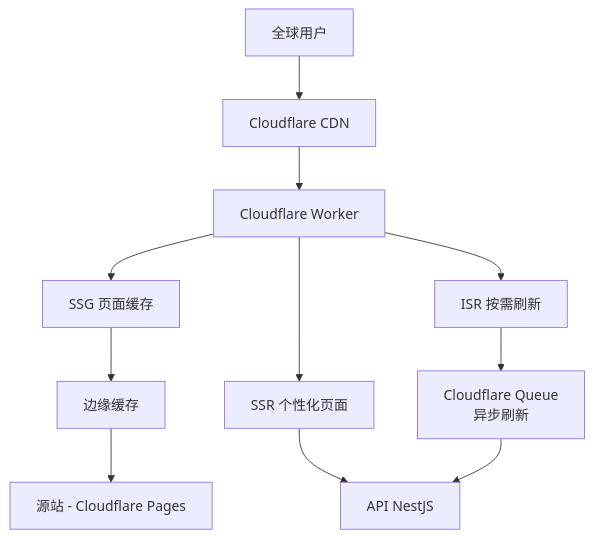
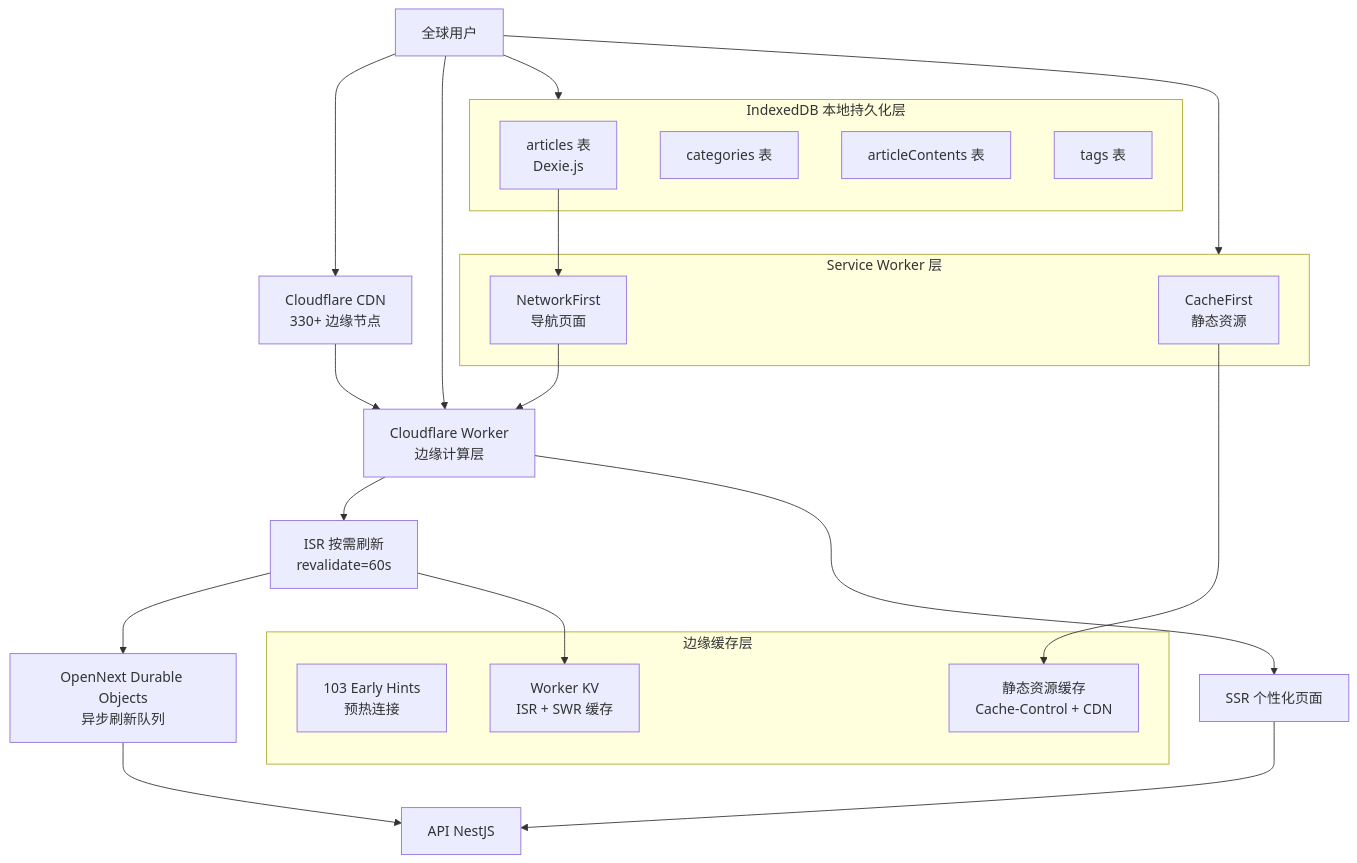
One commit to MrBigPorter/JoyMini_Nest_Monorepo changed the first of 4 diagrams in docs/blog/articles/projects/joymini-blog-platform.md. Above: the diagram before and after it, drawn with Mermaid. The commit also changed other lines of this file and 2 other files, not shown here.

Commit message:
feat: update JoyMini Blog documentation with performance optimizations, enhance caching strategies, and add 103 Early Hints implementation details

````diff
--- a/docs/blog/articles/projects/joymini-blog-platform.md
+++ b/docs/blog/articles/projects/joymini-blog-platform.md
@@ -28,13 +30,38 @@
 ```mermaid
 graph TD
-    User[全球用户] --> CF[Cloudflare CDN]
-    CF --> Worker[Cloudflare Worker]
-    Worker --> SSG[SSG 页面缓存]
-    Worker --> ISR[ISR 按需刷新]
+    User[全球用户] --> CF[Cloudflare CDN<br/>330+ 边缘节点]
+    CF --> Worker[Cloudflare Worker<br/>边缘计算层]
+    
+    subgraph EdgeCache[边缘缓存层]
+        Worker103[103 Early Hints<br/>预热连接]
+        WorkerKV[Worker KV<br/>ISR + SWR 缓存]
+        StaticCache[静态资源缓存<br/>Cache-Control + CDN]
+    end
+    
+    subgraph SWCache[Service Worker 层]
+        SWStatic[CacheFirst<br/>静态资源]
+        SWNav[NetworkFirst<br/>导航页面]
+    end
+    
+    subgraph LocalDB[IndexedDB 本地持久化层]
+        IDBArticles[articles 表<br/>Dexie.js]
+        IDBCategories[categories 表]
+        IDBContent[articleContents 表]
+        IDBTags[tags 表]
+    end
+    
+    Worker --> ISR[ISR 按需刷新<br/>revalidate=60s]
     Worker --> SSR[SSR 个性化页面]
-    SSG --> Cache[边缘缓存]
-    ISR --> Queue[Cloudflare Queue<br/>异步刷新]
+    ISR --> Queue[OpenNext Durable Objects<br/>异步刷新队列]
     SSR --> API[API NestJS]
     Queue --> API
-    Cache --> Origin[源站 - Cloudflare Pages]
+    ISR --> WorkerKV
+    
+    SWStatic --> StaticCache
+    SWNav --> Worker
+    IDBArticles --> SWNav
+    
+    User --> LocalDB
+    User --> SWCache
+    User --> Worker
 ```
````
